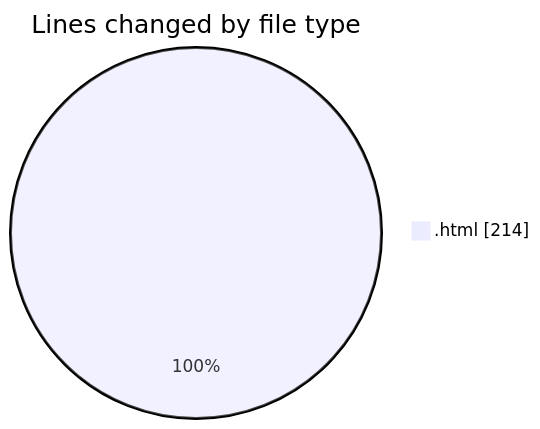
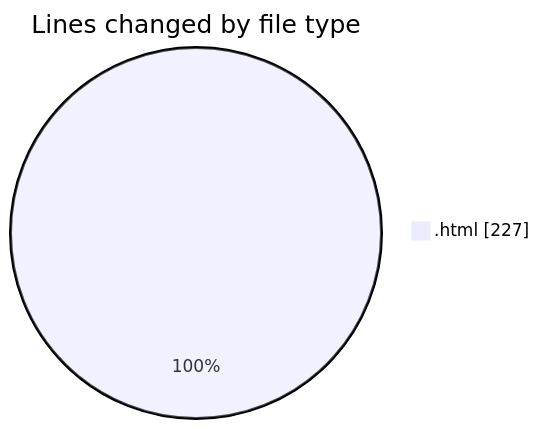
The first of 2 diagrams in 2025-12-23/technologie_web/README.md (hasnaa123/code-tracking), drawn with Mermaid before and after one commit. The commit also changed other lines of this file and 1 other file, not shown here.

````diff
--- a/2025-12-23/technologie_web/README.md
+++ b/2025-12-23/technologie_web/README.md
@@ -20,5 +20,5 @@
 ```mermaid
 pie showData
 title Lines changed by file type
-".html" : 214
+".html" : 227
 ```
````
